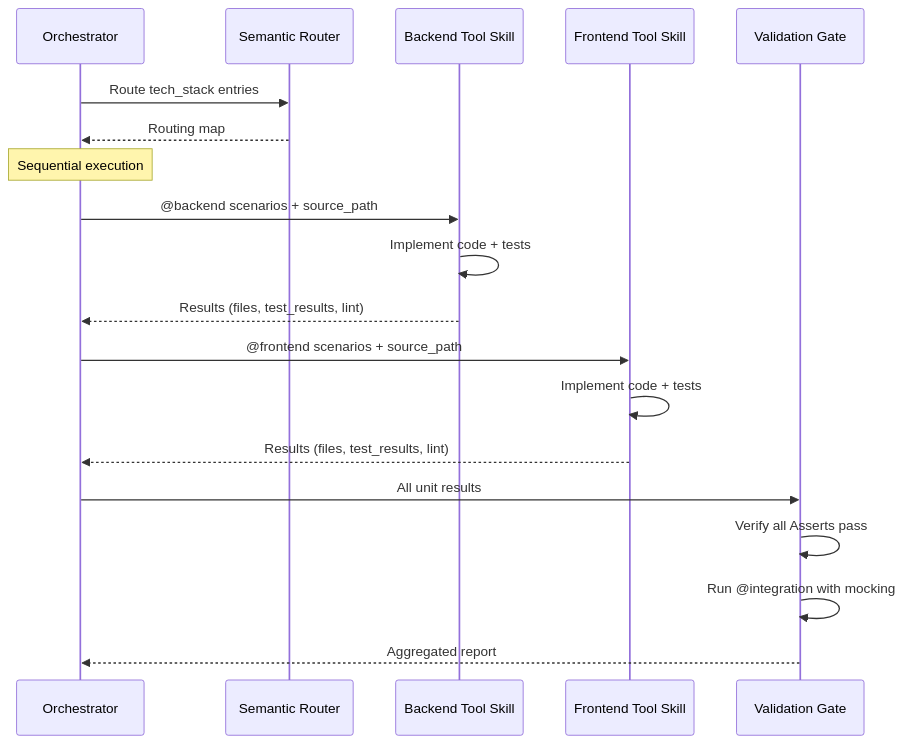
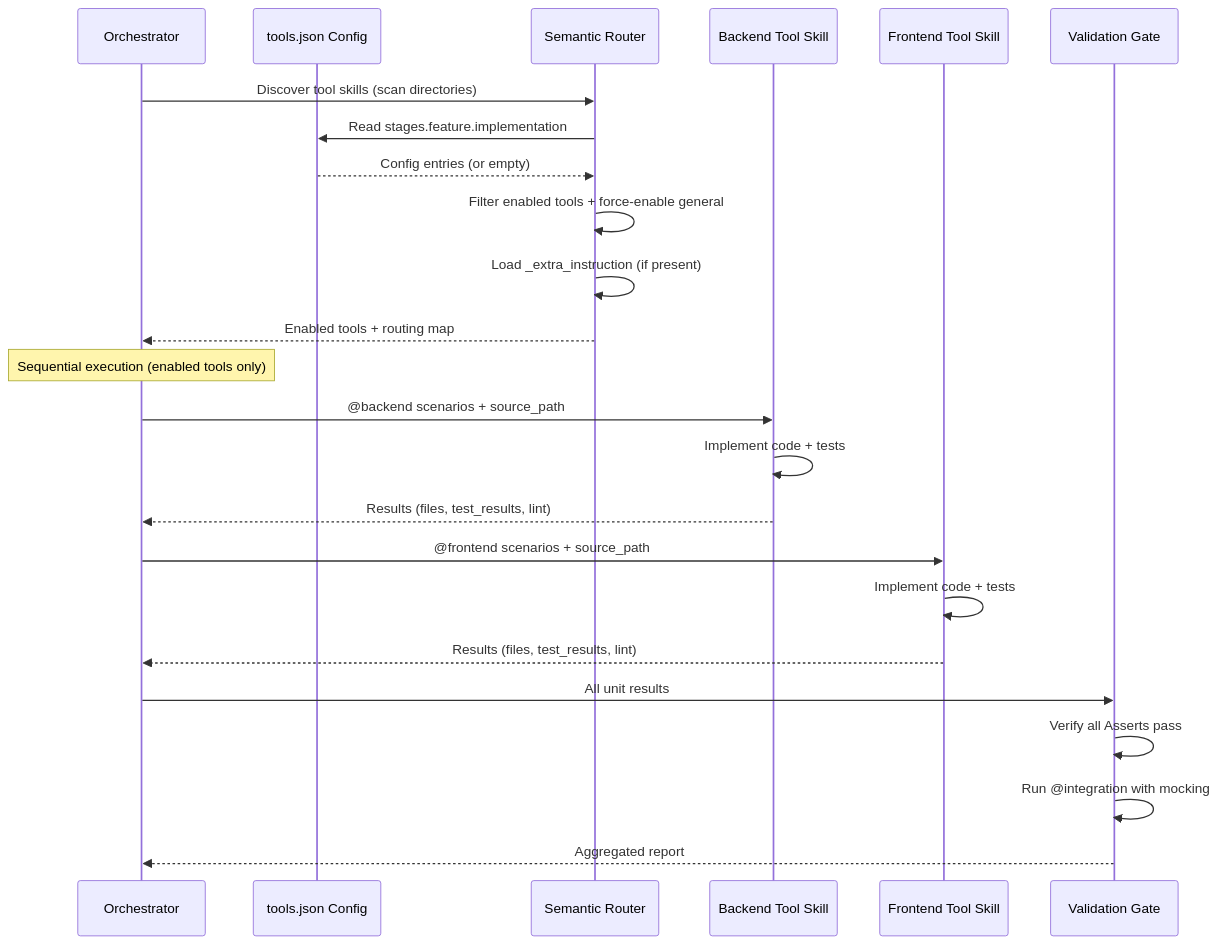
The fourth of 5 diagrams in x-ipe-docs/requirements/EPIC-045/FEATURE-045-A/technical-design.md (Young-Z/X-IPE), drawn with Mermaid before and after one commit. The commit also changed other lines of this file and 154 other files, not shown here.

````diff
--- a/x-ipe-docs/requirements/EPIC-045/FEATURE-045-A/technical-design.md
+++ b/x-ipe-docs/requirements/EPIC-045/FEATURE-045-A/technical-design.md
@@ -367,25 +404,30 @@
 ```mermaid
 sequenceDiagram
     participant O as Orchestrator
+    participant C as tools.json Config
     participant R as Semantic Router
     participant TS1 as Backend Tool Skill
     participant TS2 as Frontend Tool Skill
     participant VG as Validation Gate
 
-    O->>R: Route tech_stack entries
-    R-->>O: Routing map
+    O->>R: Discover tool skills (scan directories)
+    R->>C: Read stages.feature.implementation
+    C-->>R: Config entries (or empty)
+    R->>R: Filter enabled tools + force-enable general
+    R->>R: Load _extra_instruction (if present)
+    R-->>O: Enabled tools + routing map
 
-    Note over O: Sequential execution
+    Note over O: Sequential execution (enabled tools only)
     O->>TS1: @backend scenarios + source_path
     TS1->>TS1: Implement code + tests
     TS1-->>O: Results (files, test_results, lint)
 
     O->>TS2: @frontend scenarios + source_path
     TS2->>TS2: Implement code + tests
     TS2-->>O: Results (files, test_results, lint)
 
     O->>VG: All unit results
     VG->>VG: Verify all Asserts pass
     VG->>VG: Run @integration with mocking
     VG-->>O: Aggregated report
 ```
````
